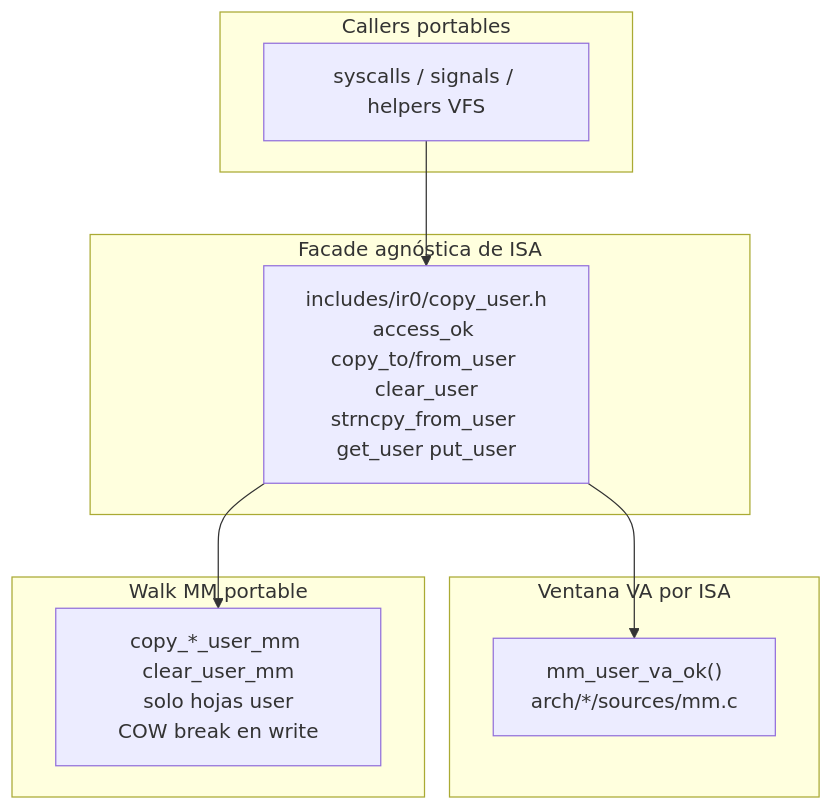
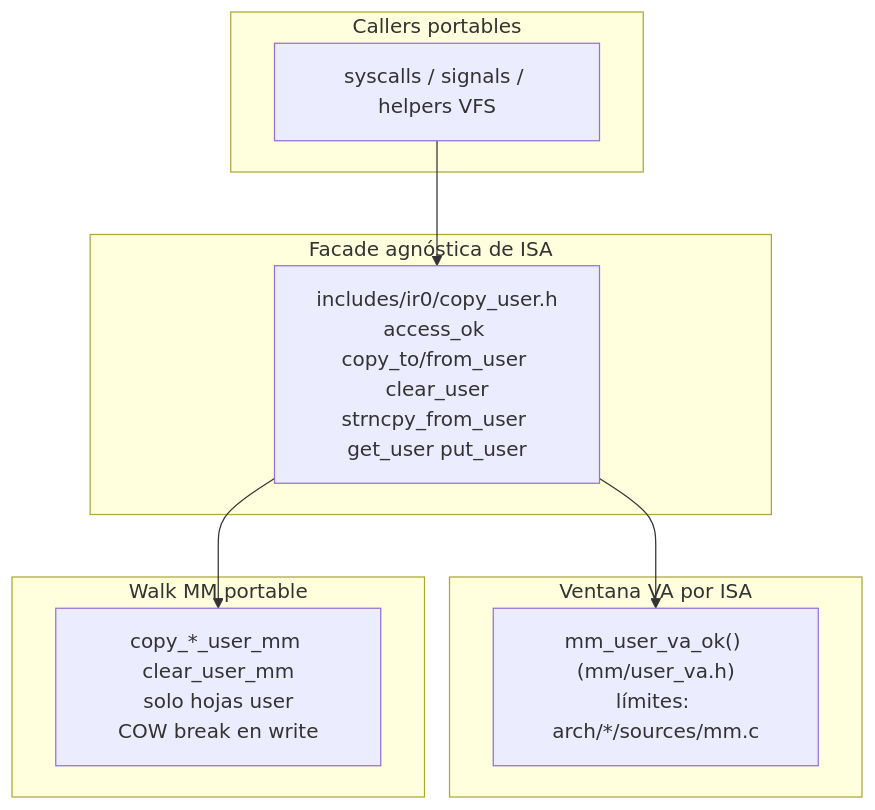
One commit to IRodriguez13/IR0 changed the diagram in Documentation/esp/uaccess.md. Above: the diagram before and after it, drawn with Mermaid. The commit also changed other lines of this file and 8 other files, not shown here.

````diff
--- a/Documentation/esp/uaccess.md
+++ b/Documentation/esp/uaccess.md
@@ -35,17 +35,17 @@
 ```mermaid
 flowchart TB
   subgraph callers [Callers portables]
     Sys[syscalls / signals / helpers VFS]
   end
   subgraph facade [Facade agnóstica de ISA]
     CU["includes/ir0/copy_user.h<br/>access_ok copy_to/from_user clear_user<br/>strncpy_from_user get_user put_user"]
   end
   subgraph isa [Ventana VA por ISA]
-    VA["mm_user_va_ok()<br/>arch/*/sources/mm.c"]
+    VA["mm_user_va_ok() (mm/user_va.h)<br/>límites: arch/*/sources/mm.c"]
   end
   subgraph mm [Walk MM portable]
     REG["copy_*_user_mm clear_user_mm<br/>solo hojas user<br/>COW break en write"]
   end
   Sys --> CU --> VA
   CU --> REG
 ```
````
